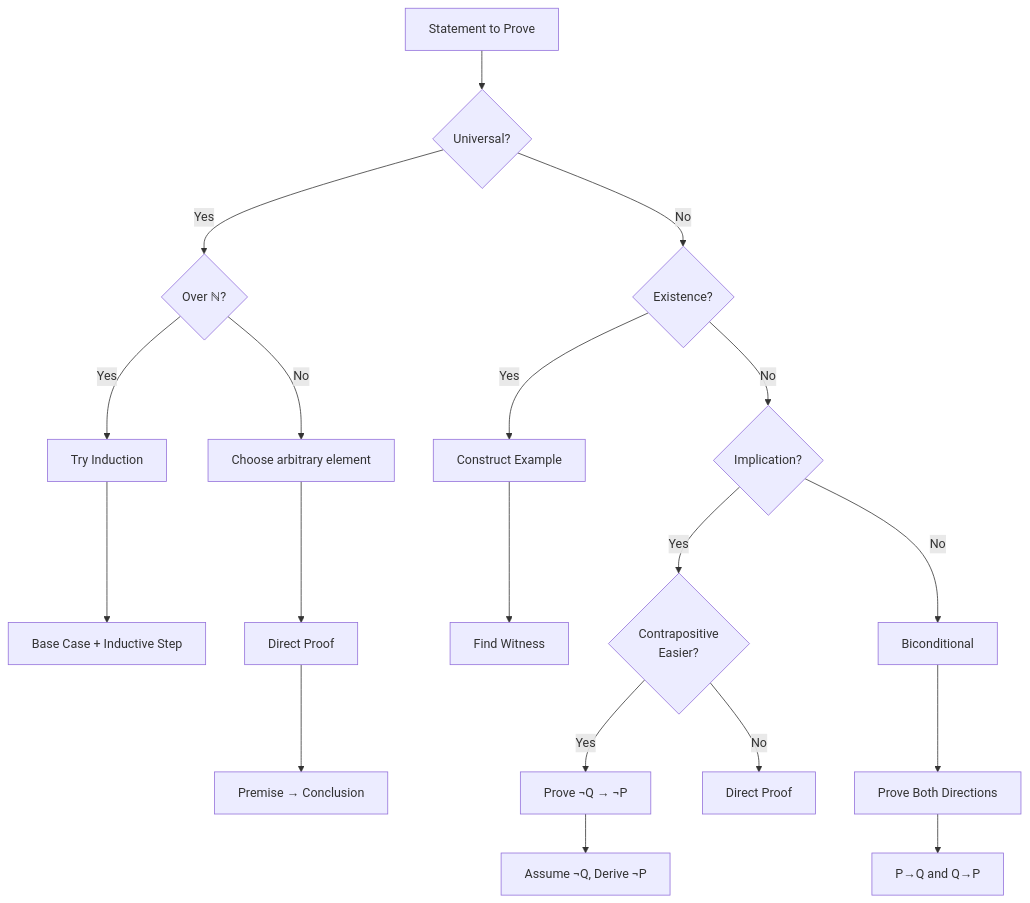
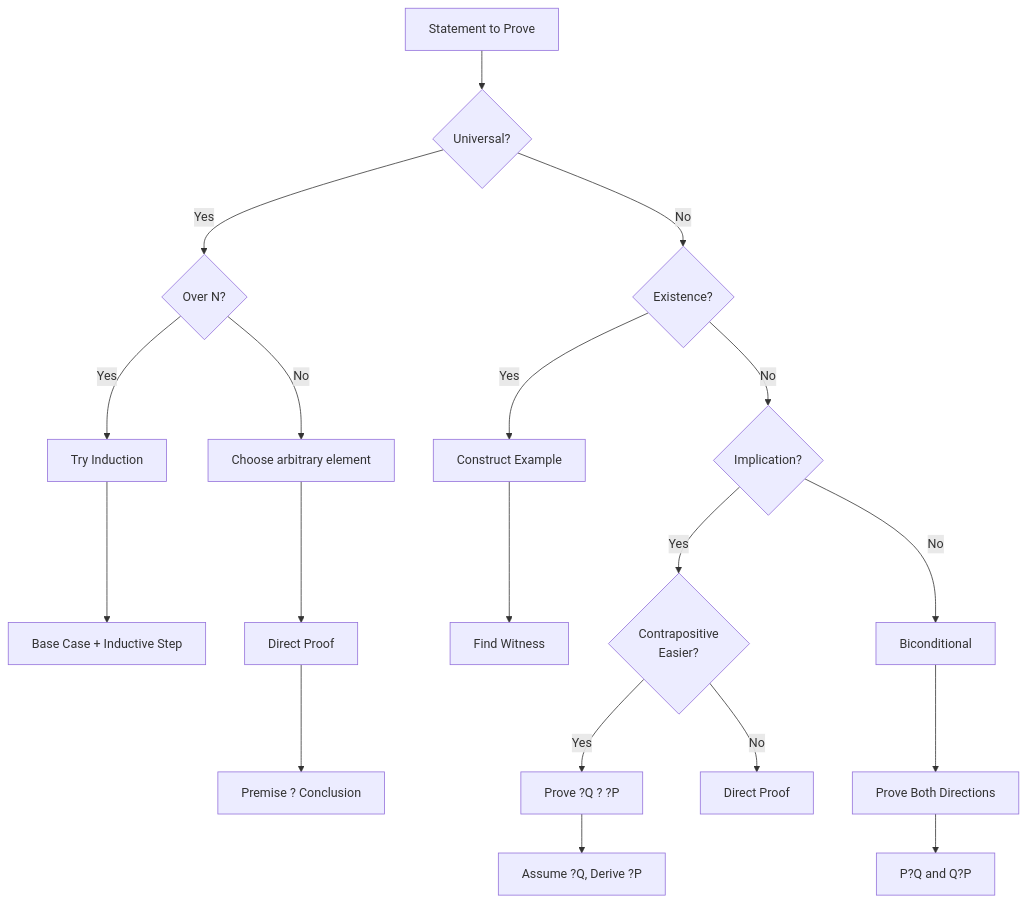
One commit to Raushan666java/ai-engineering-journey changed the third of 3 diagrams in docs/courses/discrete-mathematics/04-proofs.md. Above: the diagram before and after it, drawn with Mermaid. The commit also changed other lines of this file and 790 other files, not shown here.

Commit message:
Sync all course diagram renders and content updates

````diff
--- a/docs/courses/discrete-mathematics/04-proofs.md
+++ b/docs/courses/discrete-mathematics/04-proofs.md
@@ -758,21 +850,21 @@
 ```mermaid
 flowchart TD
     A[Statement to Prove] --> B{Universal?}
-    B -->|Yes| C{Over ℕ?}
+    B -->|Yes| C{Over N?}
     C -->|Yes| D[Try Induction]
     C -->|No| E[Choose arbitrary element]
     E --> F[Direct Proof]
     B -->|No| G{Existence?}
     G -->|Yes| H[Construct Example]
     G -->|No| I{Implication?}
     I -->|Yes| J{Contrapositive<br/>Easier?}
-    J -->|Yes| K[Prove ¬Q → ¬P]
+    J -->|Yes| K[Prove ?Q ? ?P]
     J -->|No| L[Direct Proof]
     I -->|No| M[Biconditional]
     M --> N[Prove Both Directions]
     D --> O[Base Case + Inductive Step]
-    F --> P[Premise → Conclusion]
-    K --> Q[Assume ¬Q, Derive ¬P]
+    F --> P[Premise ? Conclusion]
+    K --> Q[Assume ?Q, Derive ?P]
     H --> R[Find Witness]
-    N --> S[P→Q and Q→P]
+    N --> S[P?Q and Q?P]
 ```
````
